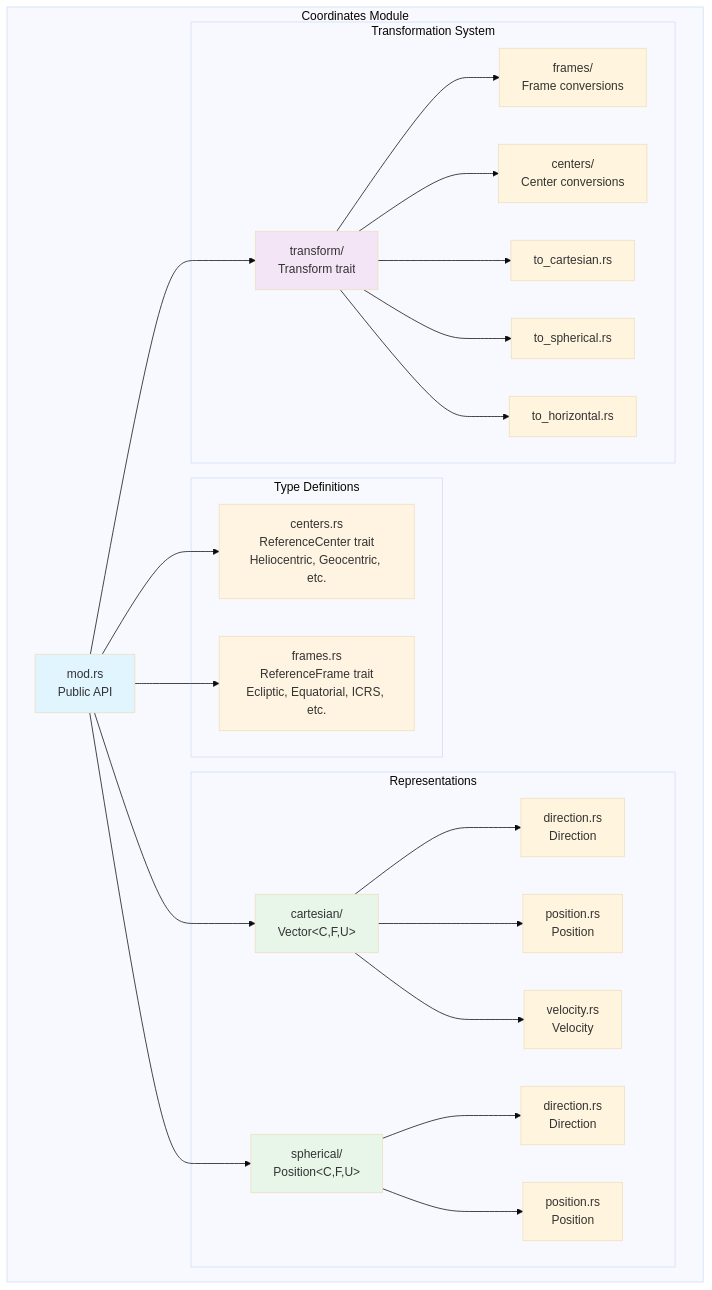
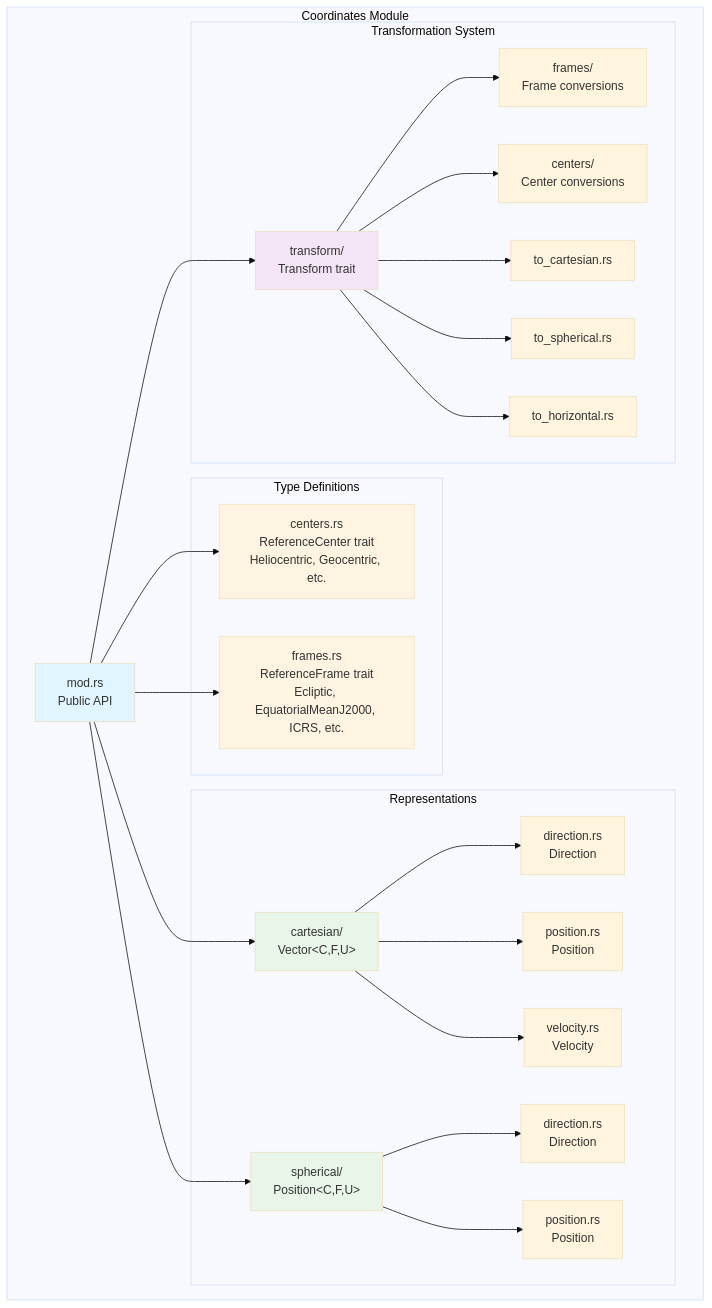
One commit to Siderust/siderust changed the first of 6 diagrams in src/coordinates/README.md. Above: the diagram before and after it, drawn with Mermaid (base theme). The commit also changed other lines of this file and 48 other files, not shown here.

First line of the commit message:
Refactor coordinate transformation framework to incorporate EquatorialMeanJ2000

````diff
--- a/src/coordinates/README.md
+++ b/src/coordinates/README.md
@@ -101,58 +109,58 @@
 ```mermaid
 graph TB
     subgraph "Coordinates Module"
         MOD[mod.rs<br/>Public API]
         
         subgraph "Type Definitions"
             CENTERS[centers.rs<br/>ReferenceCenter trait<br/>Heliocentric, Geocentric, etc.]
-            FRAMES[frames.rs<br/>ReferenceFrame trait<br/>Ecliptic, Equatorial, ICRS, etc.]
+            FRAMES[frames.rs<br/>ReferenceFrame trait<br/>Ecliptic, EquatorialMeanJ2000, ICRS, etc.]
         end
         
         subgraph "Representations"
             CART[cartesian/<br/>Vector&lt;C,F,U&gt;]
             SPH[spherical/<br/>Position&lt;C,F,U&gt;]
             
             CART_DIR[direction.rs<br/>Direction]
             CART_POS[position.rs<br/>Position]
             CART_VEL[velocity.rs<br/>Velocity]
             
             SPH_DIR[direction.rs<br/>Direction]
             SPH_POS[position.rs<br/>Position]
         end
         
         subgraph "Transformation System"
             TRANS[transform/<br/>Transform trait]
             T_FRAME[frames/<br/>Frame conversions]
             T_CENTER[centers/<br/>Center conversions]
             T_CART[to_cartesian.rs]
             T_SPH[to_spherical.rs]
             T_HOR[to_horizontal.rs]
         end
     end
     
     MOD --> CENTERS
     MOD --> FRAMES
     MOD --> CART
     MOD --> SPH
     MOD --> TRANS
     
     CART --> CART_DIR
     CART --> CART_POS
     CART --> CART_VEL
     
     SPH --> SPH_DIR
     SPH --> SPH_POS
     
     TRANS --> T_FRAME
     TRANS --> T_CENTER
     TRANS --> T_CART
     TRANS --> T_SPH
     TRANS --> T_HOR
     
     style MOD fill:#e1f5ff
     style CENTERS fill:#fff4e1
     style FRAMES fill:#fff4e1
     style CART fill:#e8f5e9
     style SPH fill:#e8f5e9
     style TRANS fill:#f3e5f5
 ```
````
